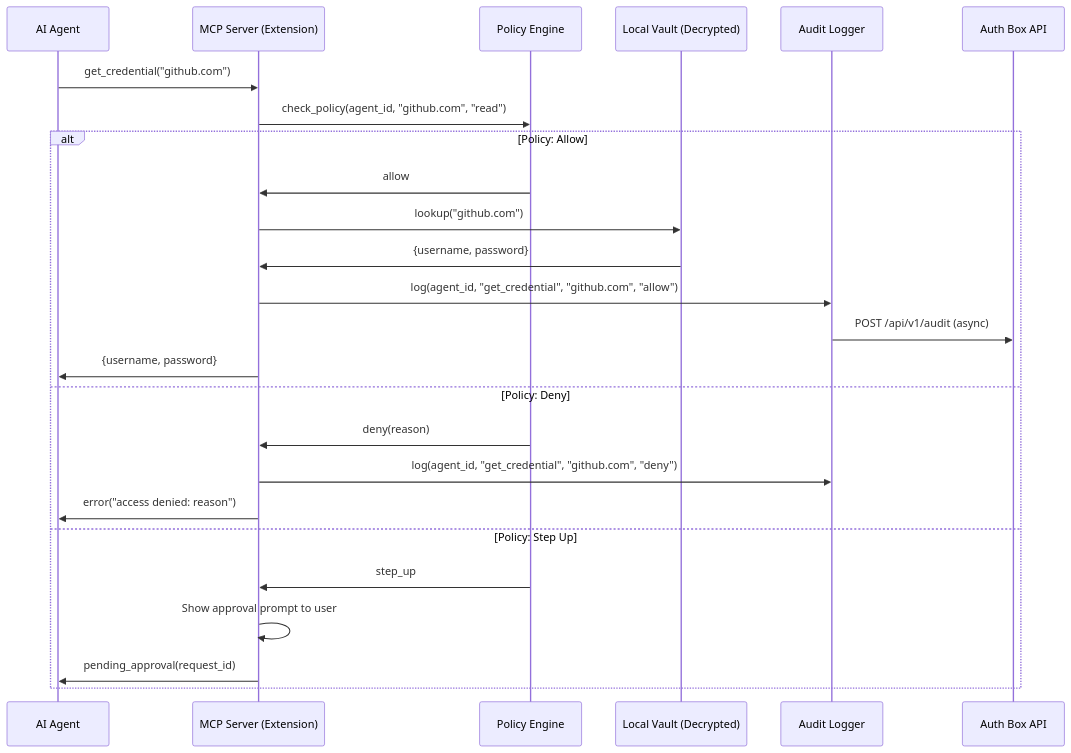
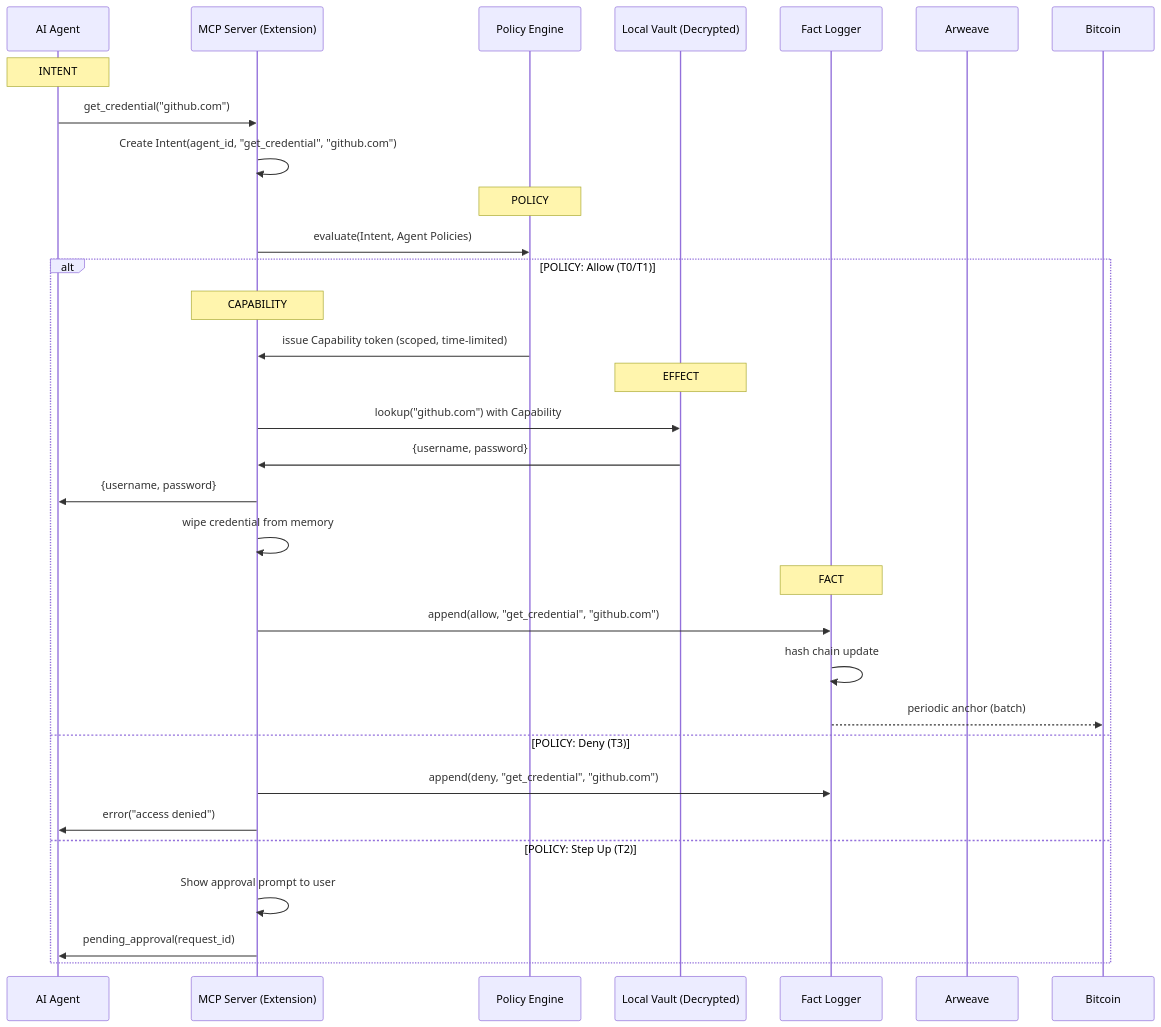
Before and after one commit to MARUCIE/authbox: the sixth of 7 diagrams in doc/00_project/initiative_10_auth_box/SYSTEM_ARCHITECTURE.md, drawn with Mermaid. The commit also changed other lines of this file and 1 other file, not shown here.

First line of the commit message:
docs(arch): upgrade SYSTEM_ARCHITECTURE to v5 Unstoppable Edition

````diff
--- a/doc/00_project/initiative_10_auth_box/SYSTEM_ARCHITECTURE.md
+++ b/doc/00_project/initiative_10_auth_box/SYSTEM_ARCHITECTURE.md
@@ -366,29 +645,39 @@
 ```mermaid
 sequenceDiagram
     participant Agent as AI Agent
     participant MCP as MCP Server (Extension)
-    participant Policy as Policy Engine
-    participant Vault as Local Vault (Decrypted)
-    participant Audit as Audit Logger
-    participant API as Auth Box API
+    participant P as Policy Engine
+    participant V as Local Vault (Decrypted)
+    participant F as Fact Logger
+    participant AR as Arweave
+    participant BTC as Bitcoin
 
+    Note over Agent: INTENT
     Agent->>MCP: get_credential("github.com")
-    MCP->>Policy: check_policy(agent_id, "github.com", "read")
+    MCP->>MCP: Create Intent(agent_id, "get_credential", "github.com")
 
-    alt Policy: Allow
-        Policy->>MCP: allow
-        MCP->>Vault: lookup("github.com")
-        Vault->>MCP: {username, password}
-        MCP->>Audit: log(agent_id, "get_credential", "github.com", "allow")
-        Audit->>API: POST /api/v1/audit (async)
+    Note over P: POLICY
+    MCP->>P: evaluate(Intent, Agent Policies)
+
+    alt POLICY: Allow (T0/T1)
+        Note over MCP: CAPABILITY
+        P->>MCP: issue Capability token (scoped, time-limited)
+
+        Note over V: EFFECT
+        MCP->>V: lookup("github.com") with Capability
+        V->>MCP: {username, password}
         MCP->>Agent: {username, password}
-    else Policy: Deny
-        Policy->>MCP: deny(reason)
-        MCP->>Audit: log(agent_id, "get_credential", "github.com", "deny")
-        MCP->>Agent: error("access denied: reason")
-    else Policy: Step Up
-        Policy->>MCP: step_up
+        MCP->>MCP: wipe credential from memory
+
+        Note over F: FACT
+        MCP->>F: append(allow, "get_credential", "github.com")
+        F->>F: hash chain update
+        F-->>BTC: periodic anchor (batch)
+    else POLICY: Deny (T3)
+        MCP->>F: append(deny, "get_credential", "github.com")
+        MCP->>Agent: error("access denied")
+    else POLICY: Step Up (T2)
         MCP->>MCP: Show approval prompt to user
         MCP->>Agent: pending_approval(request_id)
     end
 ```
````
